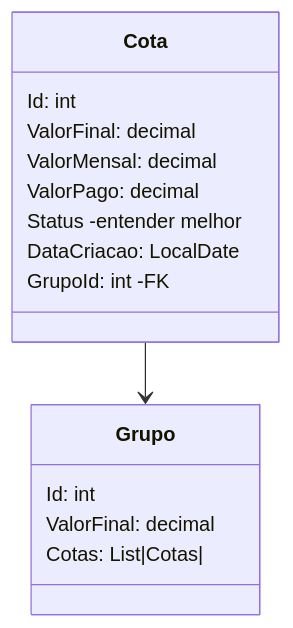
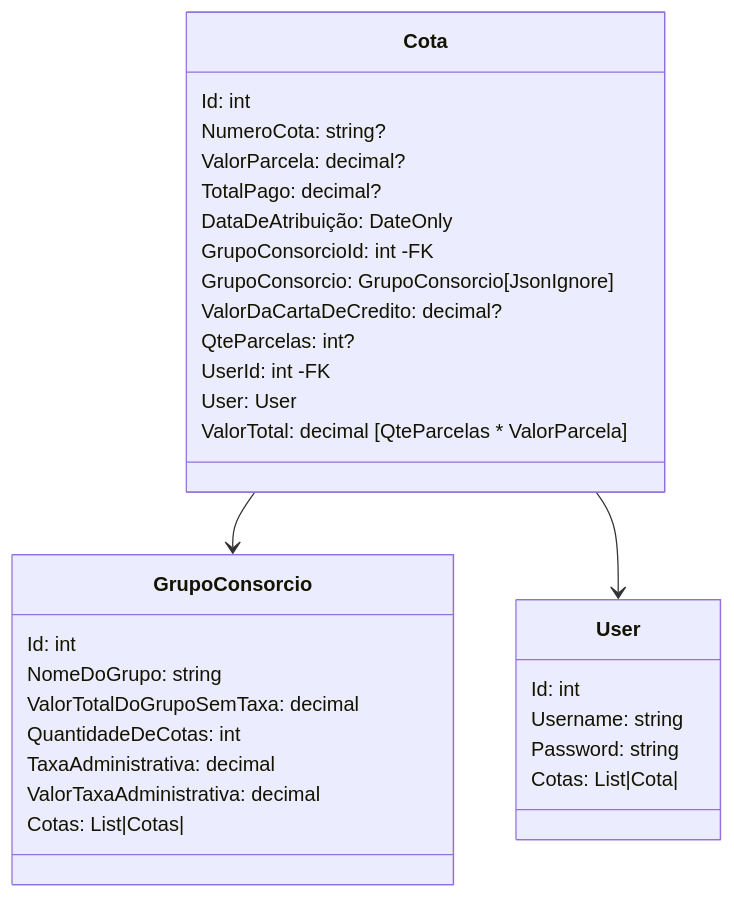
Before and after one commit to victot-exe/starcatcher: the first of 2 diagrams in Readme.md, drawn with Mermaid. The commit also changed other lines of this file and 4 other files, not shown here.

```diff
--- a/Readme.md
+++ b/Readme.md
@@ -14,37 +14,37 @@
 ~~~mermaid
 classDiagram
 
-    class Cota{
-
+	class GrupoConsorcio{
         Id: int
-
-        ValorFinal: decimal
-
-        ValorMensal: decimal
-
-        ValorPago: decimal
-
-        Status -entender melhor
-
-        DataCriacao: LocalDate
-
-        GrupoId: int -FK
-
+        NomeDoGrupo: string
+        ValorTotalDoGrupoSemTaxa: decimal
+        QuantidadeDeCotas: int
+        TaxaAdministrativa: decimal
+        ValorTaxaAdministrativa: decimal
+        Cotas: List|Cotas|
     }
 
-  
-
-    class Grupo{
-
+    class Cota{
         Id: int
-
-        ValorFinal: decimal
-
-        Cotas: List|Cotas|
-
+		NumeroCota: string?
+        ValorParcela: decimal?
+		TotalPago: decimal?
+		DataDeAtribuição: DateOnly
+		GrupoConsorcioId: int -FK
+		GrupoConsorcio: GrupoConsorcio[JsonIgnore]
+		ValorDaCartaDeCredito: decimal?
+		QteParcelas: int?
+		UserId: int -FK
+		User: User
+		ValorTotal: decimal [QteParcelas * ValorParcela]
     }
 
-  
-
-    Cota --> Grupo
+	class User{
+		Id: int
+		Username: string
+		Password: string
+		Cotas: List|Cota|
+	}
+    Cota --> GrupoConsorcio
+    Cota --> User
 ~~~
```
